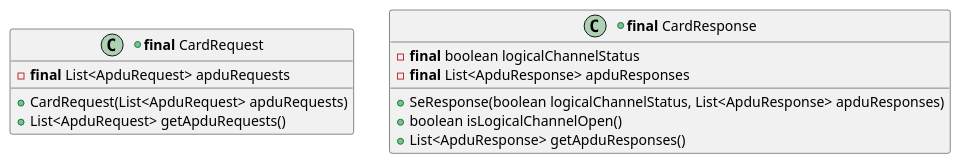
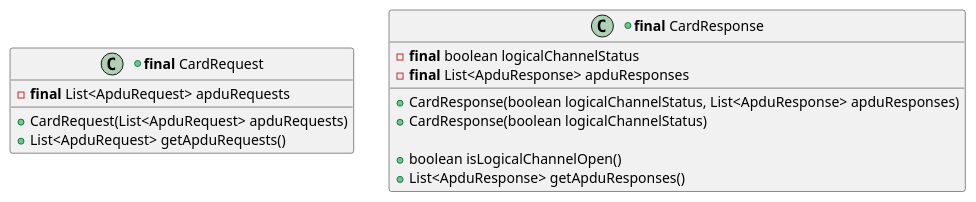
One commit to calypsonet/keyple changed the fourth of 7 diagrams in src/KeypleCoreApi/puml/KeypleCore_Card_ClassDiag_ClassElements.iuml. Above: the diagram before and after it, drawn with PlantUML. The commit also changed other lines of this file and 10 other files, not shown here.

```diff
--- a/src/KeypleCoreApi/puml/KeypleCore_Card_ClassDiag_ClassElements.iuml
+++ b/src/KeypleCoreApi/puml/KeypleCore_Card_ClassDiag_ClassElements.iuml
@@ -55,17 +55,19 @@
 @startuml(id=CARD_REQUEST_1_0_0)
 +class "<b>final</b> CardRequest" as CardRequest {
   -<b>final</b> List<ApduRequest> apduRequests
 
   +CardRequest(List<ApduRequest> apduRequests)
   +List<ApduRequest> getApduRequests()
 }
 
 +class "<b>final</b> CardResponse" as CardResponse {
   -<b>final</b> boolean logicalChannelStatus
   -<b>final</b> List<ApduResponse> apduResponses
 
-  +SeResponse(boolean logicalChannelStatus, List<ApduResponse> apduResponses)
+  +CardResponse(boolean logicalChannelStatus, List<ApduResponse> apduResponses)
+  +CardResponse(boolean logicalChannelStatus)
+
   +boolean isLogicalChannelOpen()
   +List<ApduResponse> getApduResponses()
 }
 @enduml
```
